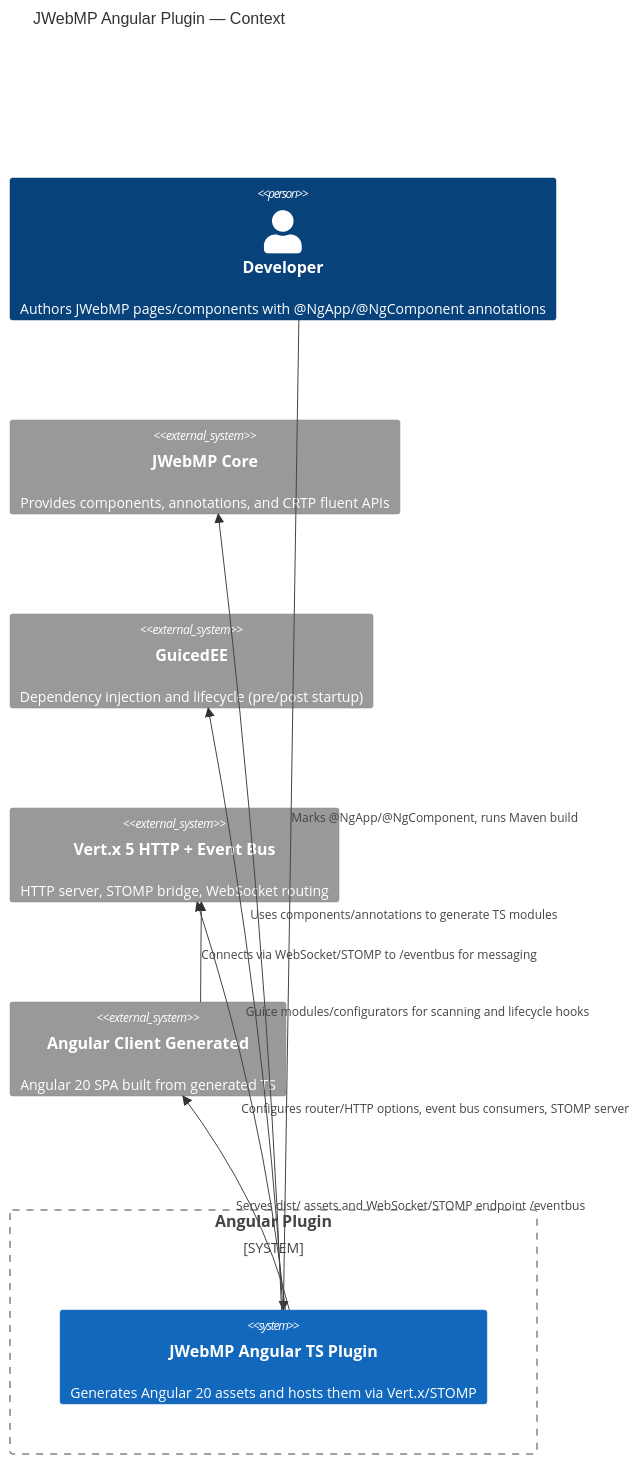
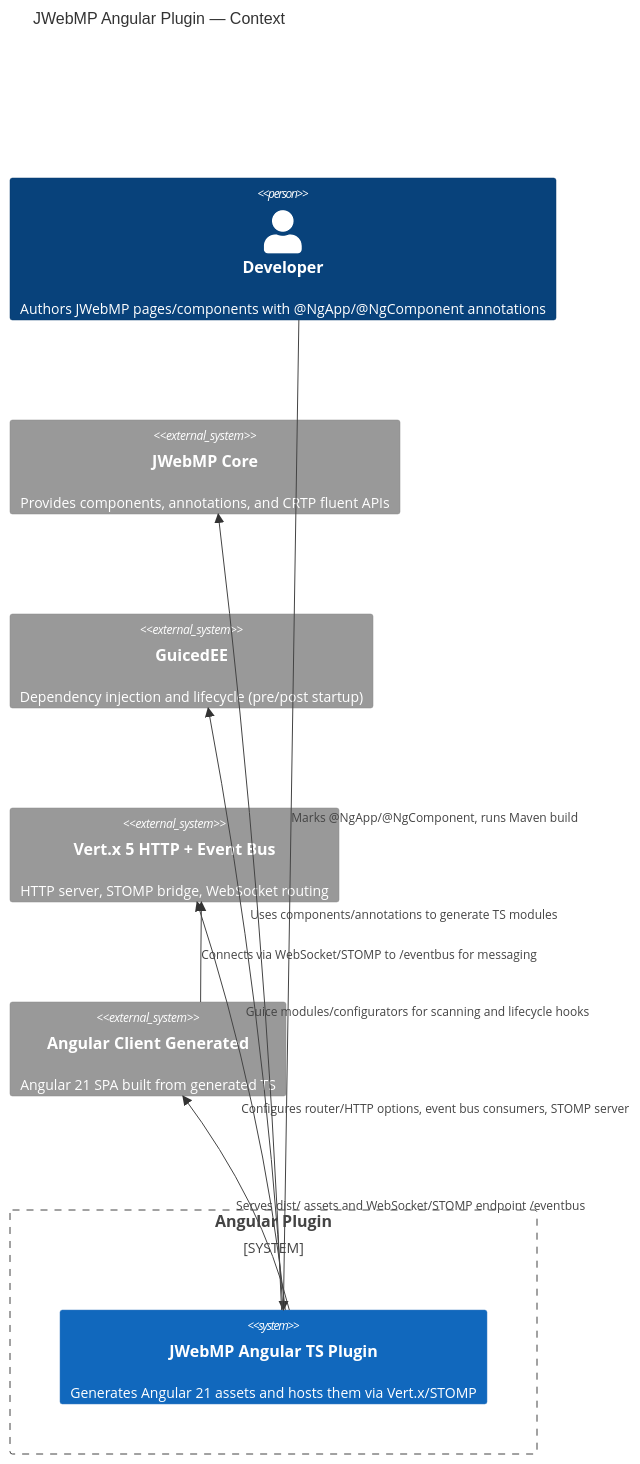
One commit to JWebMP/Angular changed the diagram in docs/architecture/c4-context.md. Above: the diagram before and after it, drawn with Mermaid. The commit also changed 6 other files, not shown here.

````diff
--- a/docs/architecture/c4-context.md
+++ b/docs/architecture/c4-context.md
@@ -1,21 +1,21 @@
 ```mermaid
 C4Context
     title JWebMP Angular Plugin — Context
 
     Person(dev, "Developer", "Authors JWebMP pages/components with @NgApp/@NgComponent annotations")
     System_Boundary(plugin, "Angular Plugin") {
-        System(system, "JWebMP Angular TS Plugin", "Generates Angular 20 assets and hosts them via Vert.x/STOMP")
+        System(system, "JWebMP Angular TS Plugin", "Generates Angular 21 assets and hosts them via Vert.x/STOMP")
     }
 
     System_Ext(jwebmpCore, "JWebMP Core", "Provides components, annotations, and CRTP fluent APIs")
     System_Ext(guicedee, "GuicedEE", "Dependency injection and lifecycle (pre/post startup)")
     System_Ext(vertx, "Vert.x 5 HTTP + Event Bus", "HTTP server, STOMP bridge, WebSocket routing")
-    System_Ext(ngClient, "Angular Client Generated", "Angular 20 SPA built from generated TS")
+    System_Ext(ngClient, "Angular Client Generated", "Angular 21 SPA built from generated TS")
 
     Rel(dev, system, "Marks @NgApp/@NgComponent, runs Maven build")
     Rel(system, jwebmpCore, "Uses components/annotations to generate TS modules")
     Rel(system, guicedee, "Guice modules/configurators for scanning and lifecycle hooks")
     Rel(system, vertx, "Configures router/HTTP options, event bus consumers, STOMP server")
     Rel(system, ngClient, "Serves dist/ assets and WebSocket/STOMP endpoint /eventbus")
     Rel(ngClient, vertx, "Connects via WebSocket/STOMP to /eventbus for messaging")
 ```
````
